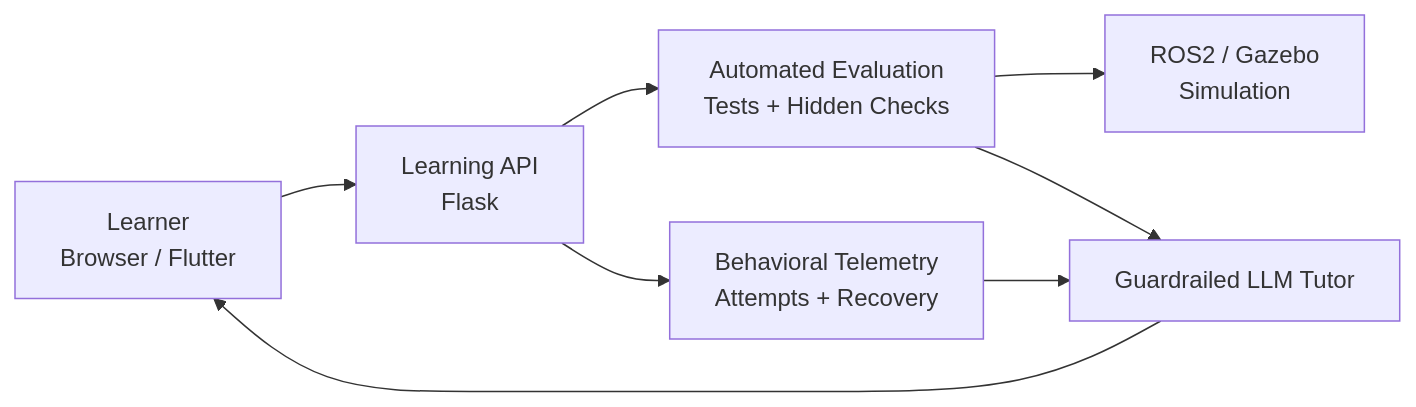
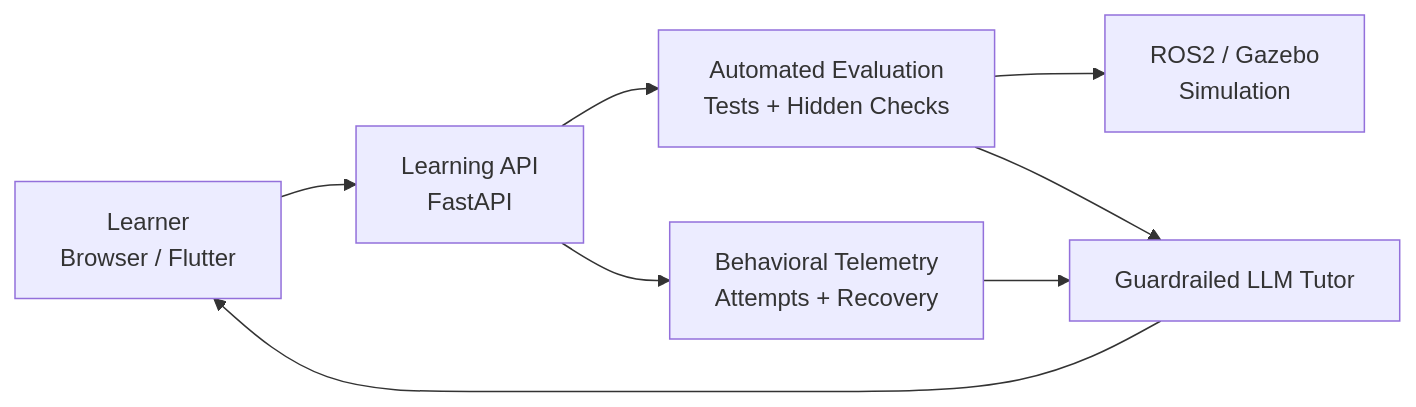
Before and after one commit to CS-Ponkoj/CS-Ponkoj: the second of 2 diagrams in README.md, drawn with Mermaid. The commit also changed other lines of this file and 6 other files, not shown here.

````diff
--- a/README.md
+++ b/README.md
@@ -64,10 +66,10 @@
 ```mermaid
 flowchart LR
-    A["Learner<br/>Browser / Flutter"] --> B["Learning API<br/>Flask"]
+    A["Learner<br/>Browser / Flutter"] --> B["Learning API<br/>FastAPI"]
     B --> C["Automated Evaluation<br/>Tests + Hidden Checks"]
     C --> D["ROS2 / Gazebo<br/>Simulation"]
     B --> E["Behavioral Telemetry<br/>Attempts + Recovery"]
     C --> F["Guardrailed LLM Tutor"]
     E --> F
     F --> A
 ```
````
